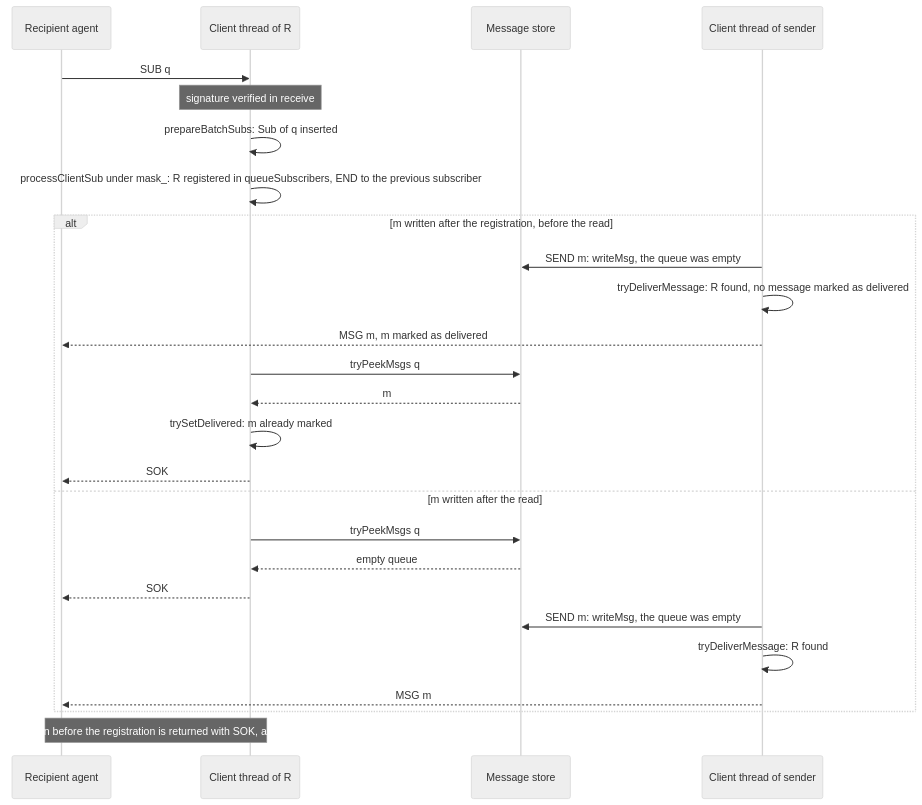
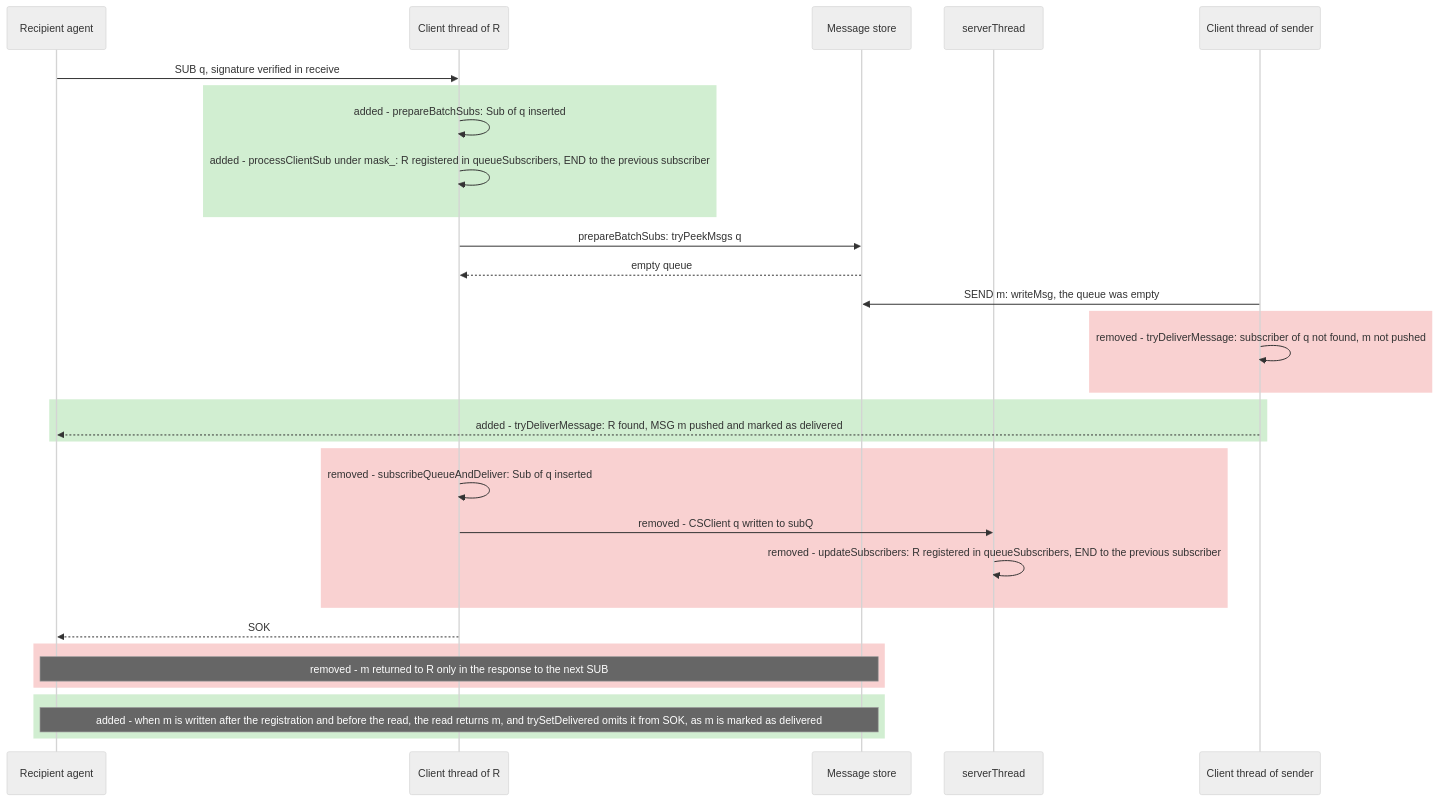
One commit to simplex-chat/simplexmq changed the diagram in plans/2026-10-31-sub-register-first.md. Above: the diagram before and after it, drawn with Mermaid (neutral theme). The commit also changed other lines of this file, not shown here.

Commit message:
smp server: one sequence diagram with added and removed steps in the plan

````diff
--- a/plans/2026-10-31-sub-register-first.md
+++ b/plans/2026-10-31-sub-register-first.md
@@ -35,28 +15,34 @@
 ```mermaid
 sequenceDiagram
     participant R as Recipient agent
     participant C as Client thread of R
     participant Q as Message store
+    participant T as serverThread
     participant S as Client thread of sender
-    R->>C: SUB q
-    Note over C: signature verified in receive
-    C->>C: prepareBatchSubs: Sub of q inserted
-    C->>C: processClientSub under mask_: R registered in queueSubscribers, END to the previous subscriber
-    alt m written after the registration, before the read
-        S->>Q: SEND m: writeMsg, the queue was empty
-        S->>S: tryDeliverMessage: R found, no message marked as delivered
-        S-->>R: MSG m, m marked as delivered
-        C->>Q: tryPeekMsgs q
-        Q-->>C: m
-        C->>C: trySetDelivered: m already marked
-        C-->>R: SOK
-    else m written after the read
-        C->>Q: tryPeekMsgs q
-        Q-->>C: empty queue
-        C-->>R: SOK
-        S->>Q: SEND m: writeMsg, the queue was empty
-        S->>S: tryDeliverMessage: R found
-        S-->>R: MSG m
+    R->>C: SUB q, signature verified in receive
+    rect rgba(0, 160, 0, 0.18)
+        C->>C: added - prepareBatchSubs: Sub of q inserted
+        C->>C: added - processClientSub under mask_: R registered in queueSubscribers, END to the previous subscriber
     end
-    Note over R,C: m written before the registration is returned with SOK, as before
+    C->>Q: prepareBatchSubs: tryPeekMsgs q
+    Q-->>C: empty queue
+    S->>Q: SEND m: writeMsg, the queue was empty
+    rect rgba(220, 0, 0, 0.18)
+        S->>S: removed - tryDeliverMessage: subscriber of q not found, m not pushed
+    end
+    rect rgba(0, 160, 0, 0.18)
+        S-->>R: added - tryDeliverMessage: R found, MSG m pushed and marked as delivered
+    end
+    rect rgba(220, 0, 0, 0.18)
+        C->>C: removed - subscribeQueueAndDeliver: Sub of q inserted
+        C->>T: removed - CSClient q written to subQ
+        T->>T: removed - updateSubscribers: R registered in queueSubscribers, END to the previous subscriber
+    end
+    C-->>R: SOK
+    rect rgba(220, 0, 0, 0.18)
+        Note over R,Q: removed - m returned to R only in the response to the next SUB
+    end
+    rect rgba(0, 160, 0, 0.18)
+        Note over R,Q: added - when m is written after the registration and before the read, the read returns m, and trySetDelivered omits it from SOK, as m is marked as delivered
+    end
 ```
````
